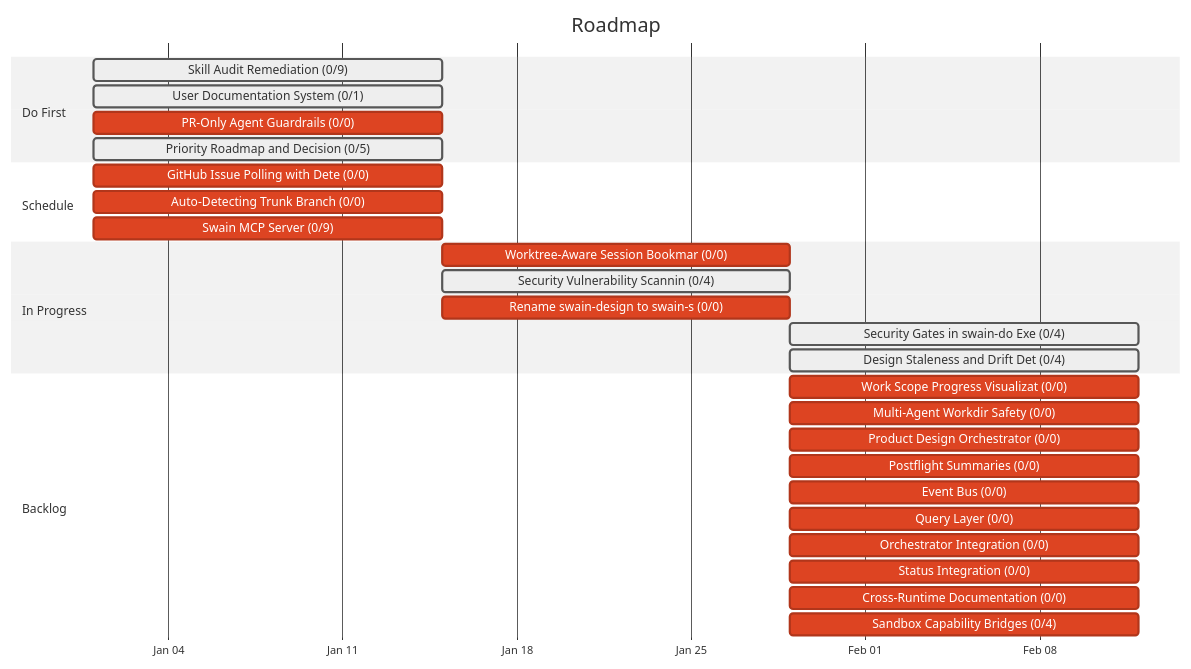
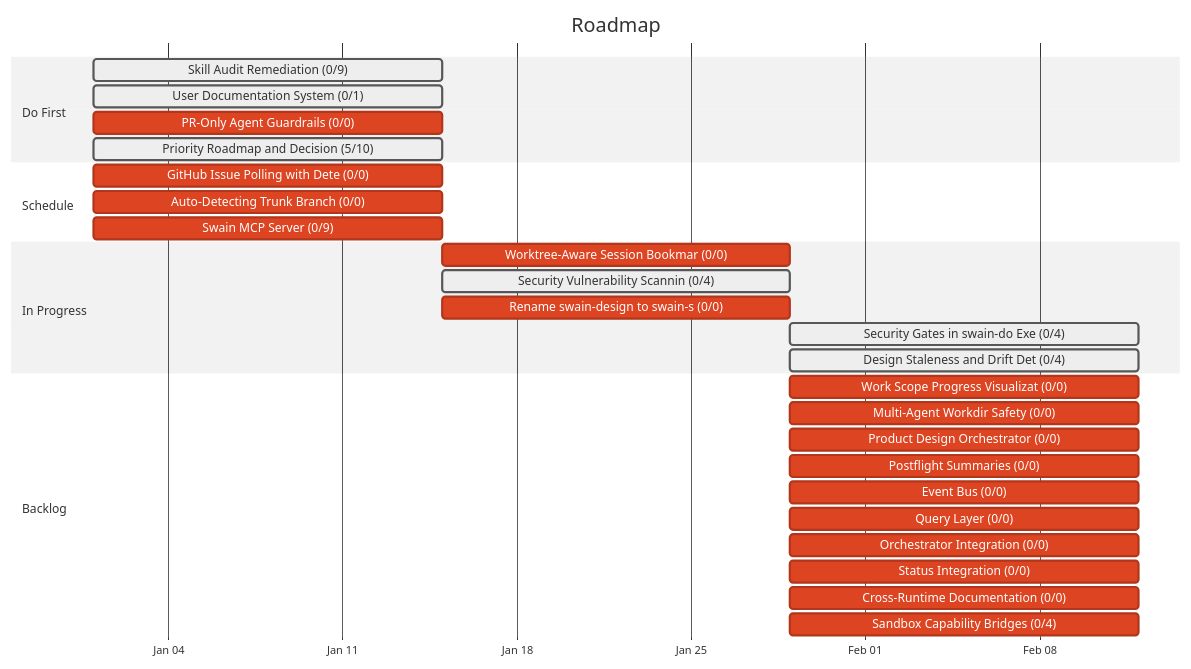
Before and after one commit to cristoslc/swain: the first of 2 diagrams in ROADMAP.md, drawn with Mermaid (neutral theme). The commit also changed other lines of this file and 3 other files, not shown here.

First line of the commit message:
feat(specgraph): SPEC-108 unified roadmap data model

````diff
--- a/ROADMAP.md
+++ b/ROADMAP.md
@@ -57,33 +57,33 @@
 ```mermaid
 gantt
     title Roadmap
     dateFormat YYYY-MM-DD
     axisFormat %b %d
     tickInterval 1week
     section Do First
     Skill Audit Remediation (0/9) :active, t0, 2026-01-01, 14d
     User Documentation System (0/1) :active, t1, 2026-01-01, 14d
     PR-Only Agent Guardrails (0/0) :crit, t2, 2026-01-01, 14d
-    Priority Roadmap and Decision  (0/5) :active, t3, 2026-01-01, 14d
+    Priority Roadmap and Decision  (5/10) :active, t3, 2026-01-01, 14d
     section Schedule
     GitHub Issue Polling with Dete (0/0) :crit, t4, 2026-01-01, 14d
     Auto-Detecting Trunk Branch (0/0) :crit, t5, 2026-01-01, 14d
     Swain MCP Server (0/9) :crit, t6, 2026-01-01, 14d
     section In Progress
-    Worktree-Aware Session Bookmar (0/0) :crit, t7, 2026-01-15, 14d
-    Security Vulnerability Scannin (0/4) :active, t8, 2026-01-15, 14d
+    Worktree-Aware Session Bookmar (0/0) :crit, t8, 2026-01-15, 14d
+    Security Vulnerability Scannin (0/4) :active, t7, 2026-01-15, 14d
     Rename swain-design to swain-s (0/0) :crit, t9, 2026-01-15, 14d
-    Security Gates in swain-do Exe (0/4) :active, t10, after t8, 14d
+    Security Gates in swain-do Exe (0/4) :active, t10, after t7, 14d
     Design Staleness and Drift Det (0/4) :active, t11, 2026-01-29, 14d
     section Backlog
     Work Scope Progress Visualizat (0/0) :crit, t12, 2026-01-29, 14d
     Multi-Agent Workdir Safety (0/0) :crit, t13, 2026-01-29, 14d
     Product Design Orchestrator (0/0) :crit, t14, after t9, 14d
     Postflight Summaries (0/0) :crit, t15, 2026-01-29, 14d
     Event Bus (0/0) :crit, t16, 2026-01-29, 14d
     Query Layer (0/0) :crit, t17, 2026-01-29, 14d
     Orchestrator Integration (0/0) :crit, t18, 2026-01-29, 14d
     Status Integration (0/0) :crit, t19, 2026-01-29, 14d
     Cross-Runtime Documentation (0/0) :crit, t20, 2026-01-29, 14d
-    Sandbox Capability Bridges (0/4) :crit, t21, after t7, 14d
+    Sandbox Capability Bridges (0/4) :crit, t21, after t8, 14d
 ```
````
